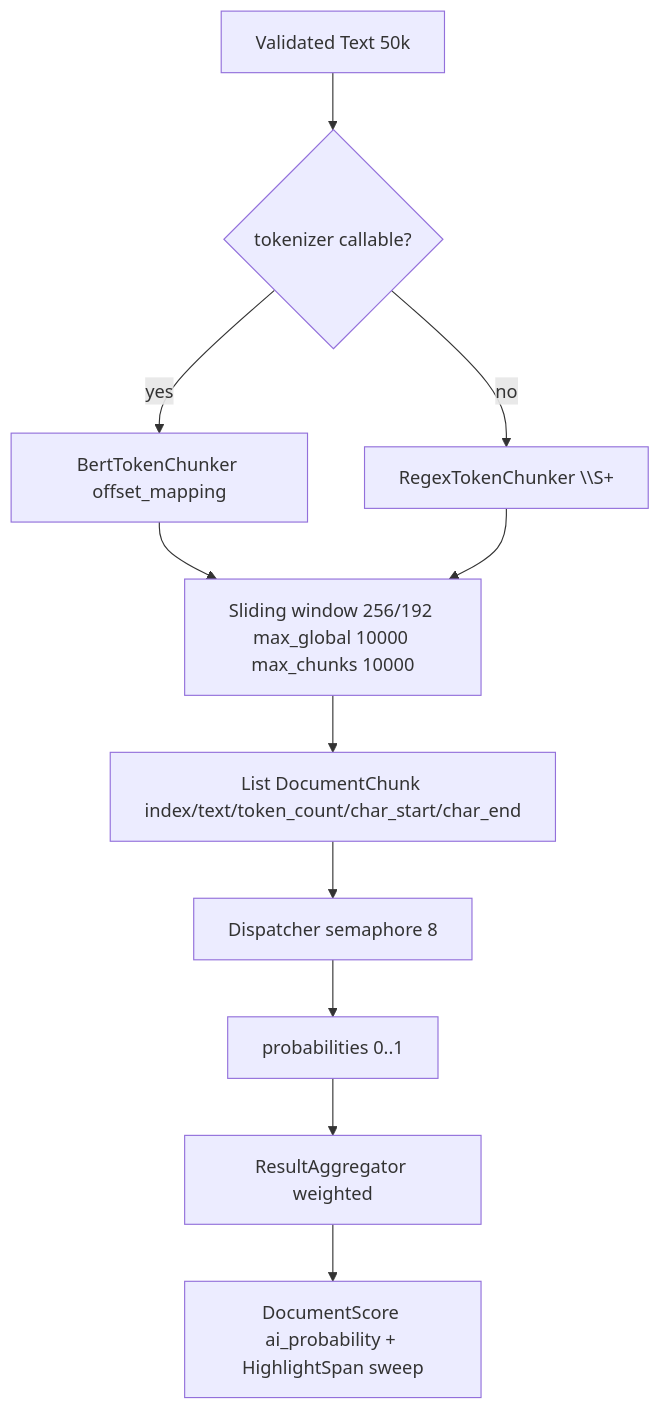
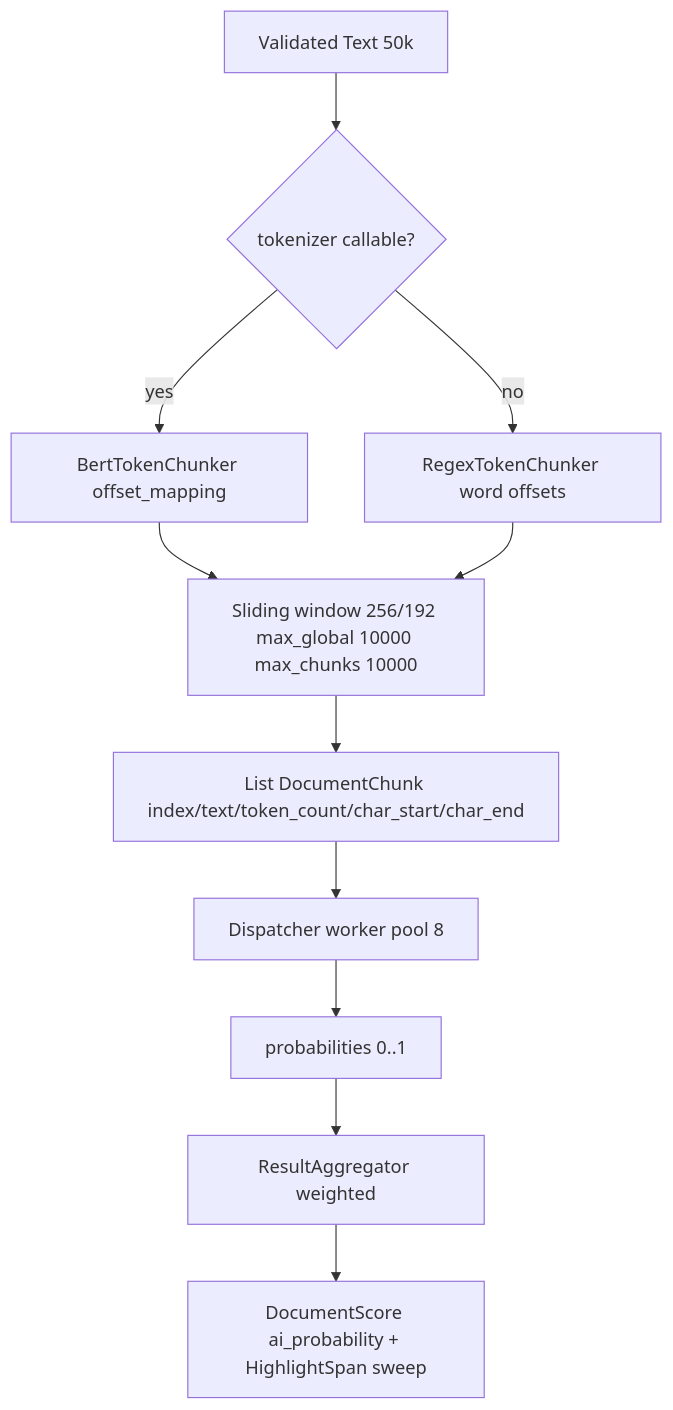
One commit to kunalPisolkar24/detectAI changed the first of 2 diagrams in services/inference/docs/concepts/chunking.md. Above: the diagram before and after it, drawn with Mermaid. The commit also changed other lines of this file and 14 other files, not shown here.

````diff
--- a/services/inference/docs/concepts/chunking.md
+++ b/services/inference/docs/concepts/chunking.md
@@ -18,13 +18,13 @@
 ```mermaid
 graph TB
     Text[Validated Text 50k] --> Tok{tokenizer callable?}
     Tok -->|yes| BERT[BertTokenChunker offset_mapping]
-    Tok -->|no| Regex[RegexTokenChunker \\S+]
+    Tok -->|no| Regex[RegexTokenChunker word offsets]
     BERT --> Win[Sliding window 256/192 max_global 10000 max_chunks 10000]
     Regex --> Win
     Win --> Chunks[List DocumentChunk index/text/token_count/char_start/char_end]
-    Chunks --> Disp2[Dispatcher semaphore 8]
+    Chunks --> Disp2[Dispatcher worker pool 8]
     Disp2 --> Probs[probabilities 0..1]
     Probs --> Agg[ResultAggregator weighted]
     Agg --> Score[DocumentScore ai_probability + HighlightSpan sweep]
 ```
````
